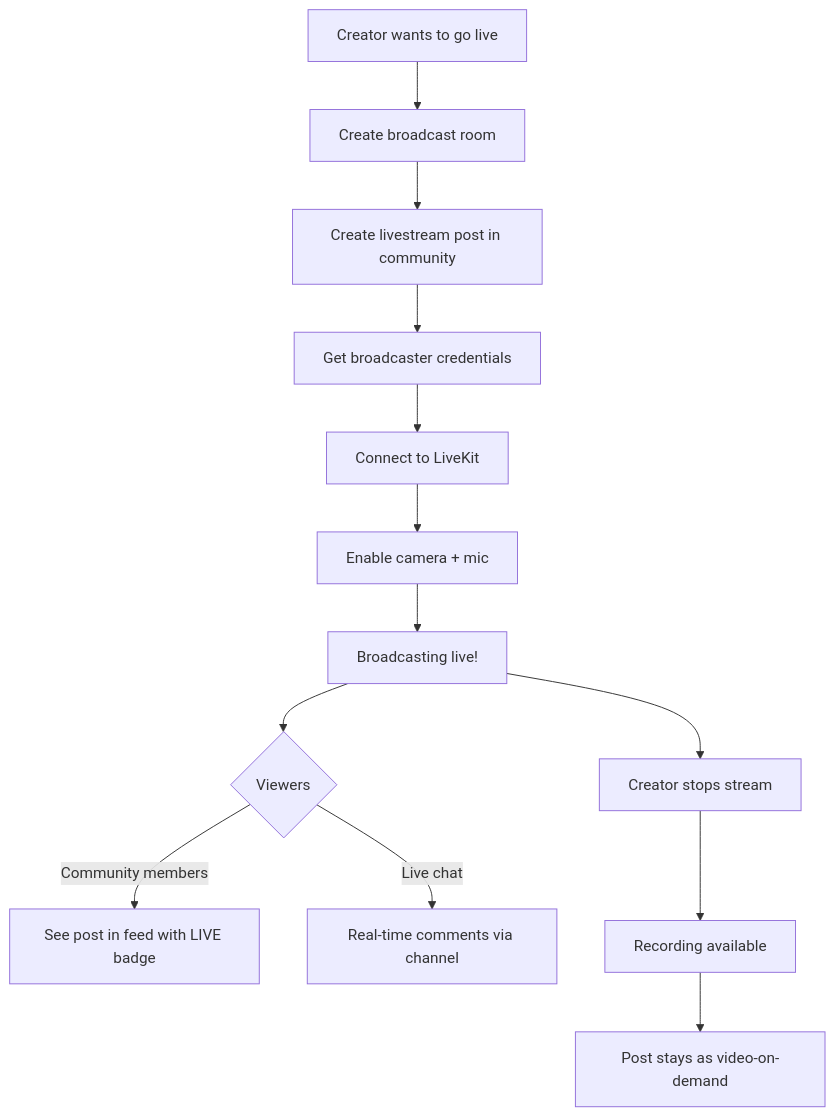
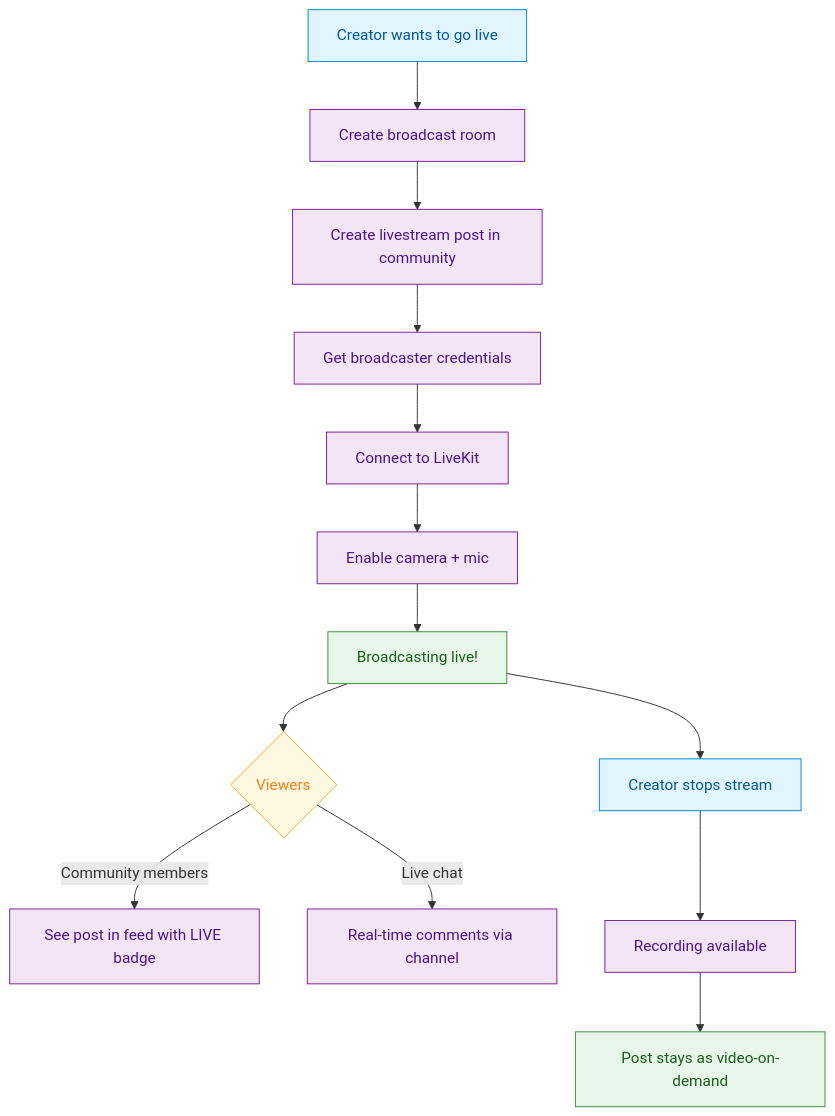
One commit to AmityCo/social-plus-docs changed the diagram in use-cases/social/livestream-and-video-posts.mdx. Above: the diagram before and after it, drawn with Mermaid. The commit also changed other lines of this file and 26 other files, not shown here.

````diff
--- a/use-cases/social/livestream-and-video-posts.mdx
+++ b/use-cases/social/livestream-and-video-posts.mdx
@@ -39,15 +37,25 @@
 ```mermaid
 graph TD
     A[Creator wants to go live] --> B[Create broadcast room]
     B --> C[Create livestream post in community]
     C --> D[Get broadcaster credentials]
     D --> E[Connect to LiveKit]
     E --> F[Enable camera + mic]
     F --> G[Broadcasting live!]
     G --> H{Viewers}
     H -->|Community members| I[See post in feed with LIVE badge]
     H -->|Live chat| J[Real-time comments via channel]
     G --> K[Creator stops stream]
     K --> L[Recording available]
     L --> M[Post stays as video-on-demand]
+
+    classDef action fill:#e1f5fe,stroke:#0288d1,color:#01579b
+    classDef decision fill:#fff8e1,stroke:#f9a825,color:#f57f17
+    classDef process fill:#f3e5f5,stroke:#7b1fa2,color:#4a148c
+    classDef outcome fill:#e8f5e9,stroke:#388e3c,color:#1b5e20
+
+    class A,K action
+    class H decision
+    class B,C,D,E,F,I,J,L process
+    class G,M outcome
 ```
````
